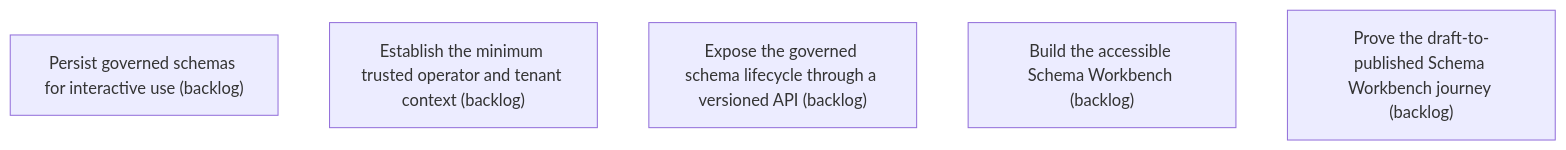
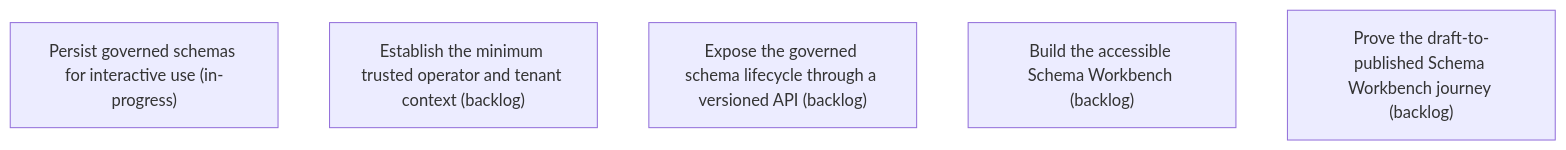
Before and after one commit to asadayoub/Evidentia: the diagram in .skyhook/plan/epics/37GEDS1AHPKD75TVFA4TGN1VD4.md, drawn with Mermaid. The commit also changed other lines of this file and 54 other files, not shown here.

````diff
--- a/.skyhook/plan/epics/37GEDS1AHPKD75TVFA4TGN1VD4.md
+++ b/.skyhook/plan/epics/37GEDS1AHPKD75TVFA4TGN1VD4.md
@@ -24,8 +24,8 @@
 ```mermaid
 flowchart TD
-    0VJ9SHA39TA291D8QXB0TQS3HQ["Persist governed schemas for interactive use (backlog)"]
+    0VJ9SHA39TA291D8QXB0TQS3HQ["Persist governed schemas for interactive use (in-progress)"]
     N1ZNPJWFZYPV0MVB8FP137GRJP["Establish the minimum trusted operator and tenant context (backlog)"]
     X51S43NTMRW5ASYSKJBF7FW845["Expose the governed schema lifecycle through a versioned API (backlog)"]
     H98W5WTJBWT8EY0Q10P3KPCEEB["Build the accessible Schema Workbench (backlog)"]
     265YM4FNANJAH2J338BKAWFXDM["Prove the draft-to-published Schema Workbench journey (backlog)"]
 ```
````
